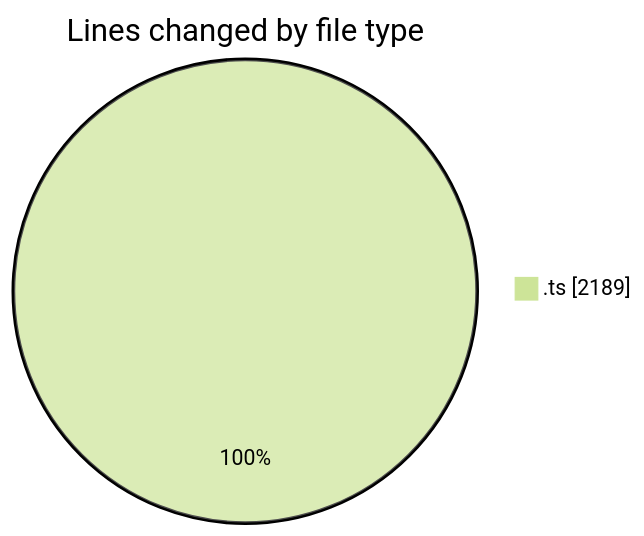
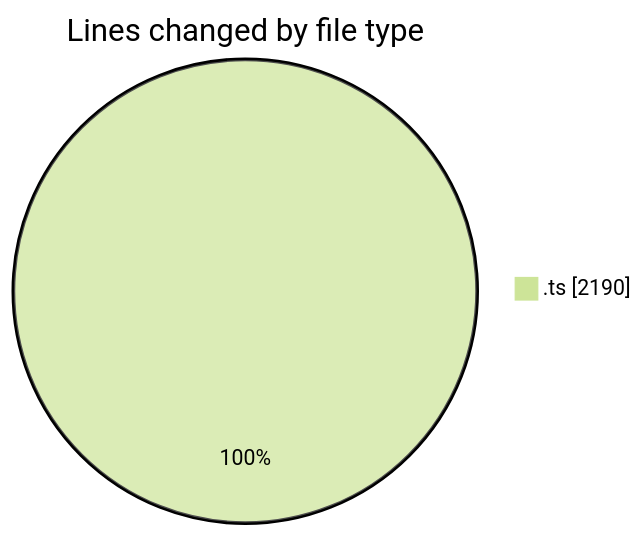
The first of 2 diagrams in 2025-10-24/cda/README.md (momahboobian/code-tracking), drawn with Mermaid (forest theme) before and after one commit. The commit also changed other lines of this file and 1 other file, not shown here.

````diff
--- a/2025-10-24/cda/README.md
+++ b/2025-10-24/cda/README.md
@@ -24,5 +24,5 @@
 ```mermaid
 pie showData
 title Lines changed by file type
-".ts" : 2189
+".ts" : 2190
 ```
````
